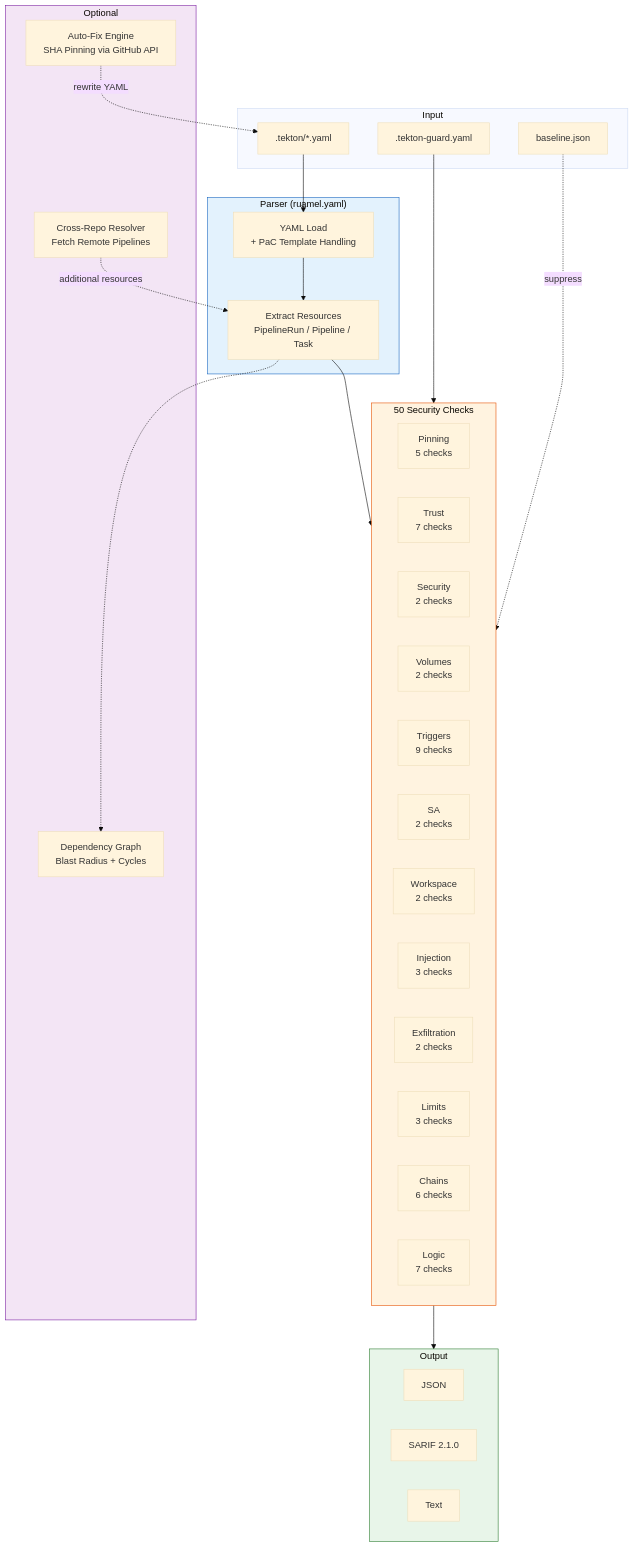
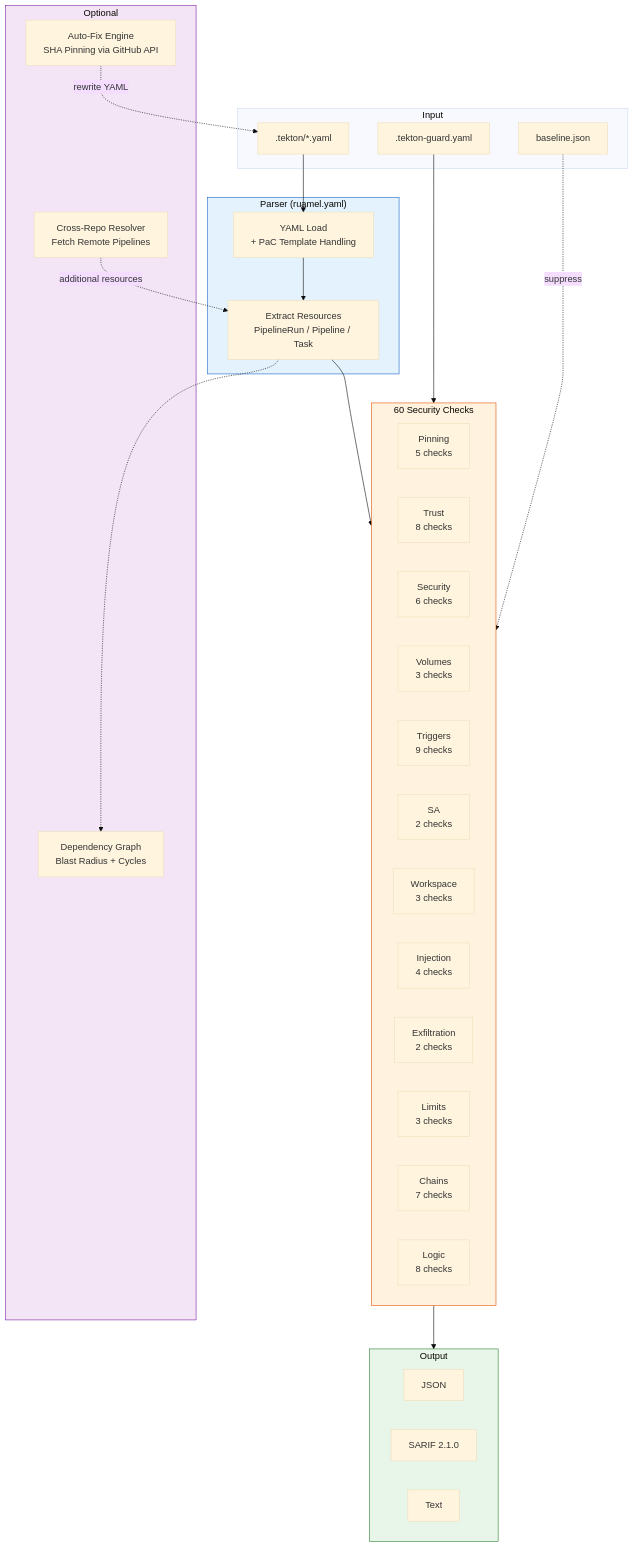
The diagram in site/docs/architecture/overview.md (ugiordan/tekton-guard), drawn with Mermaid (base theme) before and after one commit. The commit also changed other lines of this file and 3 other files, not shown here.

````diff
--- a/site/docs/architecture/overview.md
+++ b/site/docs/architecture/overview.md
@@ -34,57 +34,57 @@
 ```mermaid
 graph TB
     subgraph Input
         YAML[".tekton/*.yaml"]
         CONFIG[".tekton-guard.yaml"]
         BASELINE["baseline.json"]
     end
     
     subgraph Parser["Parser (ruamel.yaml)"]
         LOAD["YAML Load<br/>+ PaC Template Handling"]
         EXTRACT["Extract Resources<br/>PipelineRun / Pipeline / Task"]
         LOAD --> EXTRACT
     end
     
-    subgraph Checks["50 Security Checks"]
+    subgraph Checks["60 Security Checks"]
         direction LR
         PIN["Pinning<br/>5 checks"]
-        TRUST["Trust<br/>7 checks"]
-        SEC["Security<br/>2 checks"]
-        VOL["Volumes<br/>2 checks"]
+        TRUST["Trust<br/>8 checks"]
+        SEC["Security<br/>6 checks"]
+        VOL["Volumes<br/>3 checks"]
         TRIG["Triggers<br/>9 checks"]
         SA["SA<br/>2 checks"]
-        WS["Workspace<br/>2 checks"]
-        RES["Injection<br/>3 checks"]
+        WS["Workspace<br/>3 checks"]
+        RES["Injection<br/>4 checks"]
         EXFIL["Exfiltration<br/>2 checks"]
         LIMIT["Limits<br/>3 checks"]
-        CHAIN["Chains<br/>6 checks"]
-        LOGIC["Logic<br/>7 checks"]
+        CHAIN["Chains<br/>7 checks"]
+        LOGIC["Logic<br/>8 checks"]
     end
     
     subgraph Output
         JSON["JSON"]
         SARIF["SARIF 2.1.0"]
         TEXT["Text"]
     end
     
     subgraph Optional
         FIX["Auto-Fix Engine<br/>SHA Pinning via GitHub API"]
         GRAPH["Dependency Graph<br/>Blast Radius + Cycles"]
         RESOLVE["Cross-Repo Resolver<br/>Fetch Remote Pipelines"]
     end
     
     YAML --> LOAD
     CONFIG --> Checks
     BASELINE -.->|suppress| Checks
     EXTRACT --> Checks
     Checks --> Output
     
     RESOLVE -.->|additional resources| EXTRACT
     FIX -.->|rewrite YAML| YAML
     EXTRACT -.-> GRAPH
     
     style Parser fill:#e3f2fd,stroke:#1565c0
     style Checks fill:#fff3e0,stroke:#e65100
     style Output fill:#e8f5e9,stroke:#2e7d32
     style Optional fill:#f3e5f5,stroke:#7b1fa2
 ```
````
